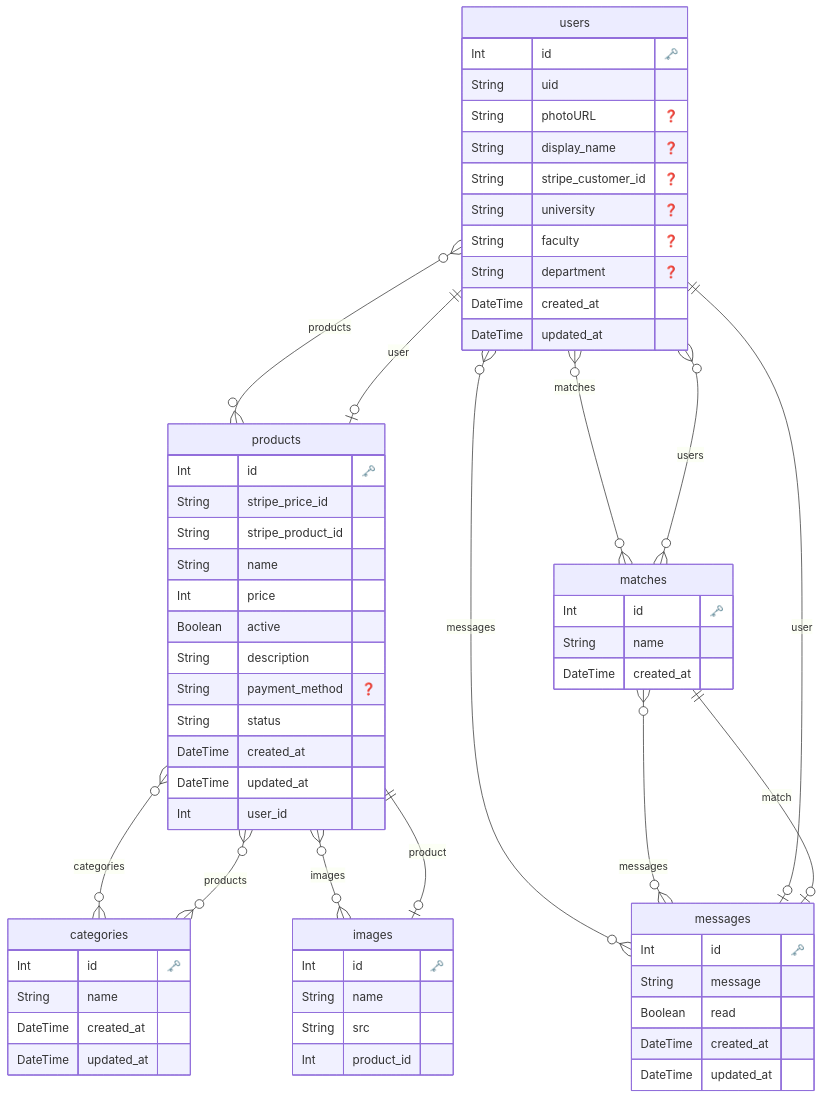
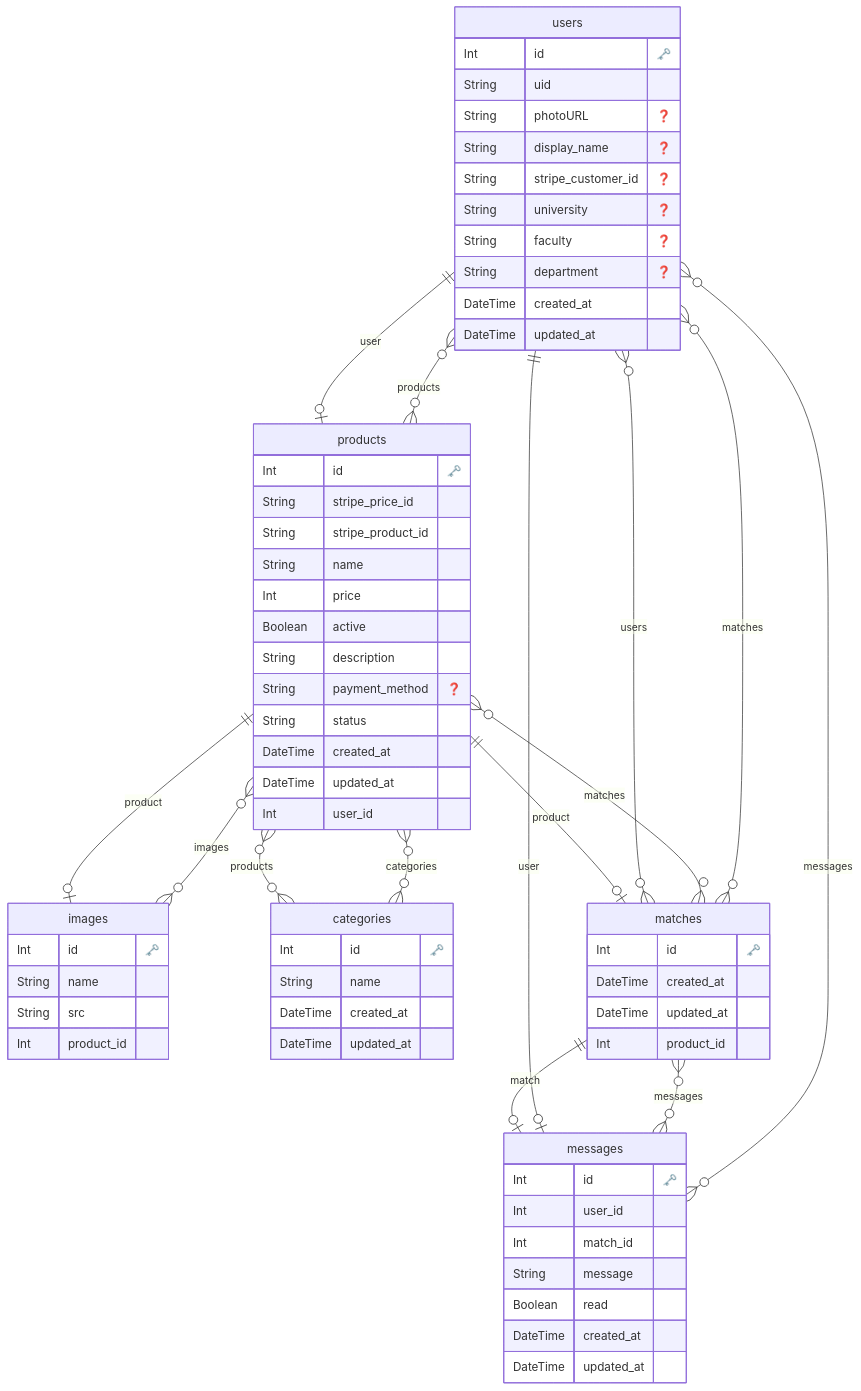
The diagram in prisma/scheme.md (1zumisawashun/unifree-client), drawn with Mermaid before and after one commit. The commit also changed 13 other files, not shown here.

````diff
--- a/prisma/scheme.md
+++ b/prisma/scheme.md
@@ -1,77 +1,82 @@
 ```mermaid
 erDiagram
 
   "users" {
     Int id "🗝️"
     String uid 
     String photoURL "❓"
     String display_name "❓"
     String stripe_customer_id "❓"
     String university "❓"
     String faculty "❓"
     String department "❓"
     DateTime created_at 
     DateTime updated_at 
     }
   
 
   "products" {
     Int id "🗝️"
     String stripe_price_id 
     String stripe_product_id 
     String name 
     Int price 
     Boolean active 
     String description 
     String payment_method "❓"
     String status 
     DateTime created_at 
     DateTime updated_at 
     Int user_id 
     }
   
 
   "images" {
     Int id "🗝️"
     String name 
     String src 
     Int product_id 
     }
   
 
   "categories" {
     Int id "🗝️"
     String name 
     DateTime created_at 
     DateTime updated_at 
     }
   
 
   "matches" {
     Int id "🗝️"
-    String name 
     DateTime created_at 
+    DateTime updated_at 
+    Int product_id 
     }
   
 
   "messages" {
     Int id "🗝️"
+    Int user_id 
+    Int match_id 
     String message 
     Boolean read 
     DateTime created_at 
     DateTime updated_at 
     }
   
     "users" o{--}o "products" : "products"
     "users" o{--}o "matches" : "matches"
     "users" o{--}o "messages" : "messages"
     "products" o|--|| "users" : "user"
     "products" o{--}o "categories" : "categories"
     "products" o{--}o "images" : "images"
+    "products" o{--}o "matches" : "matches"
     "images" o|--|| "products" : "product"
     "categories" o{--}o "products" : "products"
     "matches" o{--}o "users" : "users"
     "matches" o{--}o "messages" : "messages"
+    "matches" o|--|| "products" : "product"
     "messages" o|--|| "users" : "user"
     "messages" o|--|| "matches" : "match"
 ```
````
